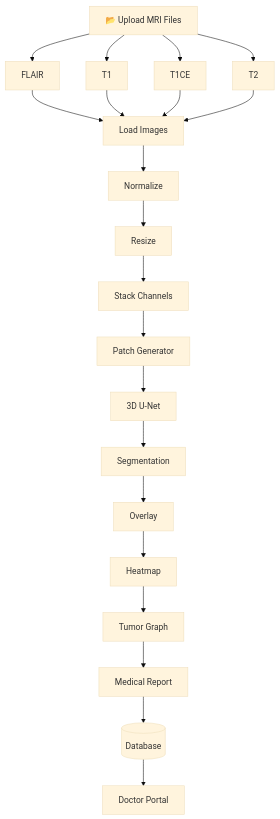
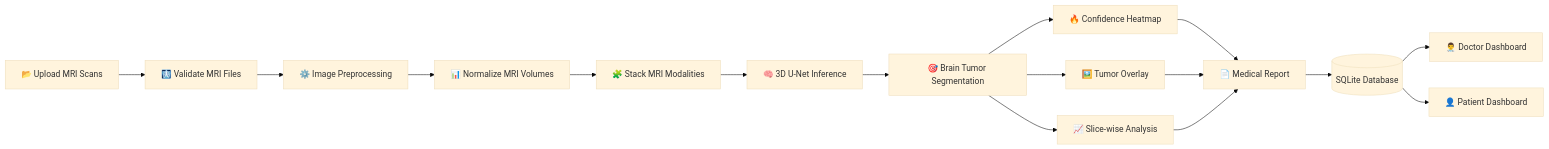
The second of 2 diagrams in README.md (manojroyal422/BRAIN-TUMOR-SEGMENTATION-FROM-MUTLI-MODEL-MRI.), drawn with Mermaid (base theme) before and after one commit. The commit also changed other lines of this file, not shown here.

````diff
--- a/README.md
+++ b/README.md
@@ -224,45 +568,34 @@
 ```mermaid
-flowchart TD
+flowchart LR
 
-A[📂 Upload MRI Files]
+A[📂 Upload MRI Scans]
+--> B[🩻 Validate MRI Files]
 
-A --> B[FLAIR]
+B --> C[⚙️ Image Preprocessing]
 
-A --> C[T1]
+C --> D[📊 Normalize MRI Volumes]
 
-A --> D[T1CE]
+D --> E[🧩 Stack MRI Modalities]
 
-A --> E[T2]
+E --> F[🧠 3D U-Net Inference]
 
-B --> F[Load Images]
+F --> G[🎯 Brain Tumor Segmentation]
 
-C --> F
+G --> H[🔥 Confidence Heatmap]
 
-D --> F
+G --> I[🖼️ Tumor Overlay]
 
-E --> F
+G --> J[📈 Slice-wise Analysis]
 
-F --> G[Normalize]
+H --> K[📄 Medical Report]
 
-G --> H[Resize]
+I --> K
 
-H --> I[Stack Channels]
+J --> K
 
-I --> J[Patch Generator]
+K --> L[(SQLite Database)]
 
-J --> K[3D U-Net]
+L --> M[👨‍⚕️ Doctor Dashboard]
 
-K --> L[Segmentation]
-
-L --> M[Overlay]
-
-M --> N[Heatmap]
-
-N --> O[Tumor Graph]
-
-O --> P[Medical Report]
-
-P --> Q[(Database)]
-
-Q --> R[Doctor Portal]
+L --> N[👤 Patient Dashboard]
 ```
````
